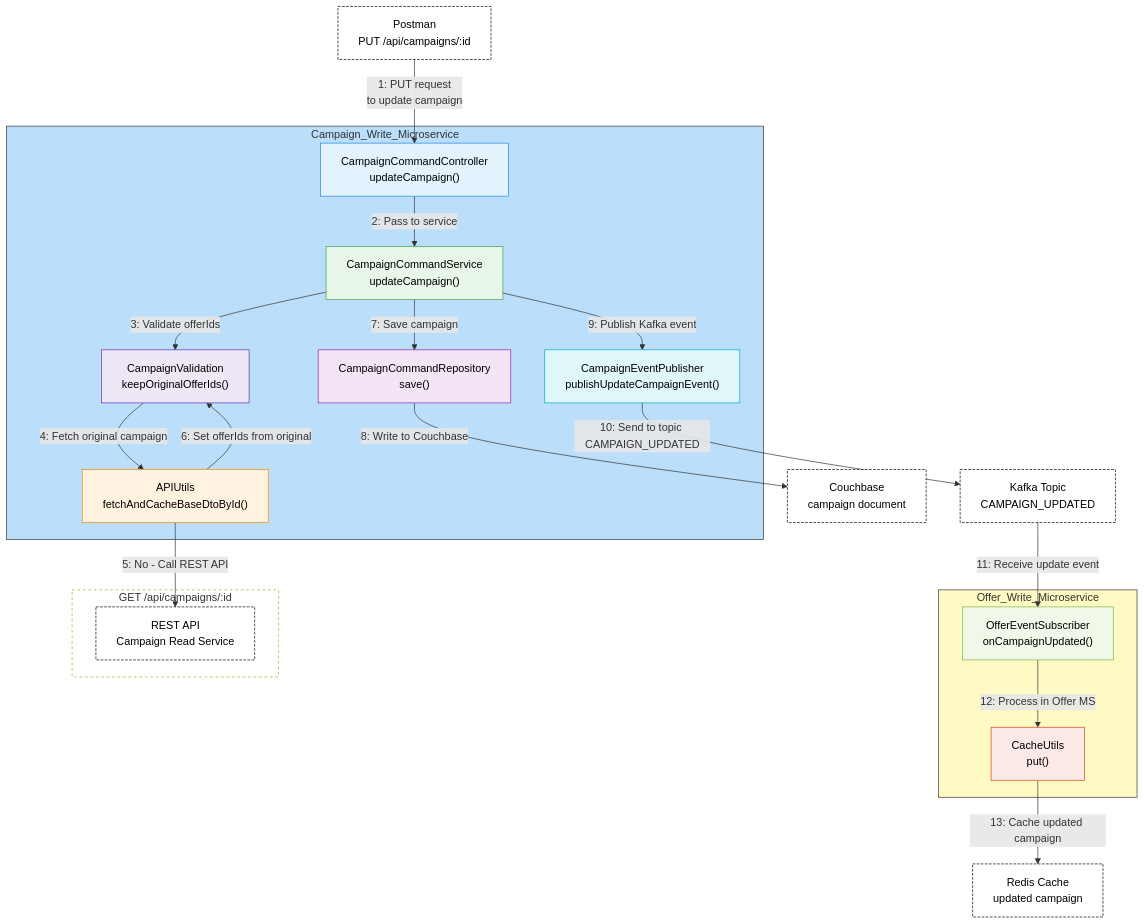
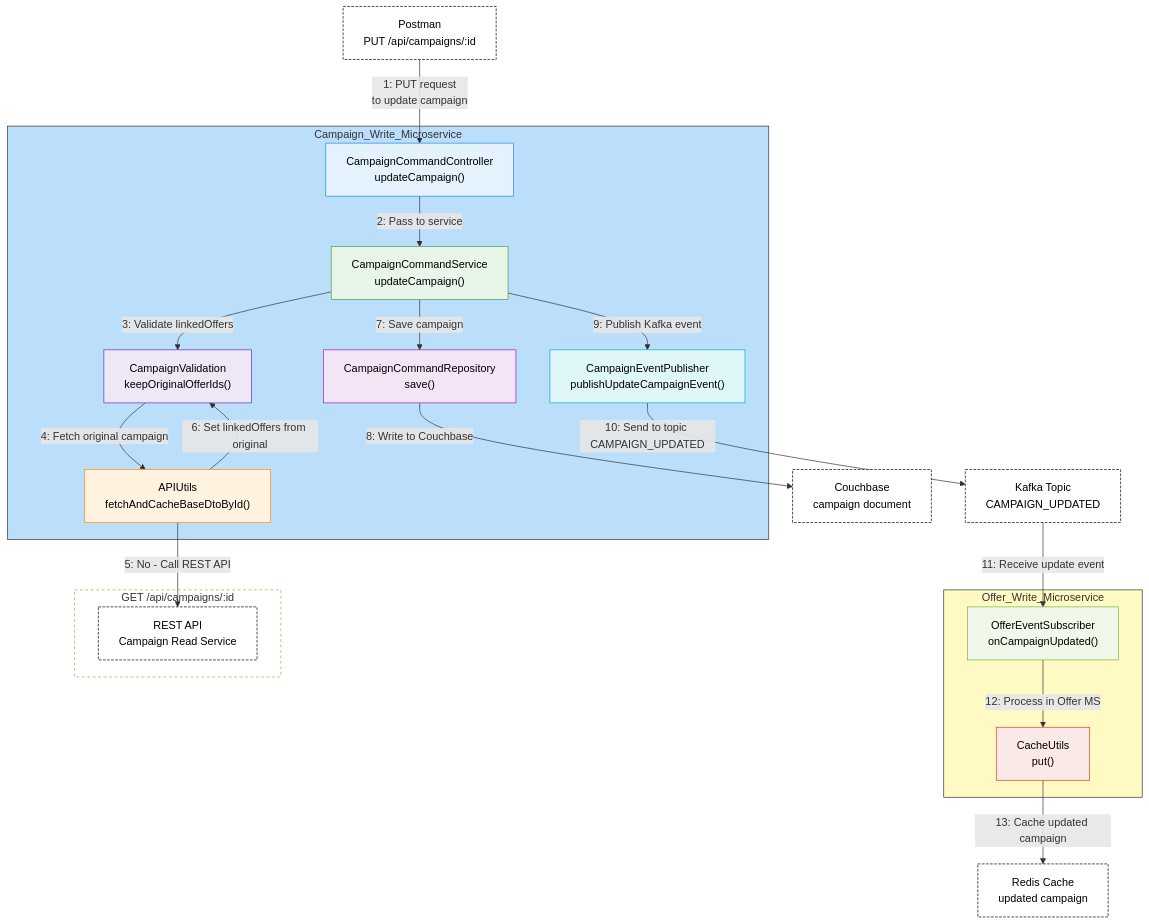
Before and after one commit to aakashkumar1980/apps-microservices: the diagram in _readme_assets/_backup/campaign_update.mmd, drawn with Mermaid. The commit also changed 16 other files, not shown here.

```diff
--- a/_readme_assets/_backup/campaign_update.mmd
+++ b/_readme_assets/_backup/campaign_update.mmd
@@ -1,58 +1,58 @@
 ---
 config:
   layout: dagre
 ---
 flowchart TD
     subgraph Campaign_Write_Microservice["Campaign_Write_Microservice"]
         CCC["CampaignCommandController<br>updateCampaign()"]
         CCS["CampaignCommandService<br>updateCampaign()"]
         VAL["CampaignValidation<br>keepOriginalOfferIds()"]
         APIU["APIUtils<br>fetchAndCacheBaseDtoById()"]
         CCR["CampaignCommandRepository<br>save()"]
         CEP["CampaignEventPublisher<br>publishUpdateCampaignEvent()"]
     end
     subgraph Offer_Write_Microservice["Offer_Write_Microservice"]
         CES["OfferEventSubscriber<br>onCampaignUpdated()"]
         CU2["CacheUtils<br>put()"]
     end
     subgraph REST_Campaign_Read_API["GET /api/campaigns/:id"]
         REST["REST API<br>Campaign Read Service"]
     end
     POSTMAN["Postman<br>PUT /api/campaigns/:id"] -- 1: PUT request<br>to update campaign --> CCC
     CCC -- 2: Pass to service --> CCS
-    CCS -- 3: Validate offerIds --> VAL
+    CCS -- 3: Validate linkedOffers --> VAL
     VAL -- 4: Fetch original campaign --> APIU
     APIU -- "5: No - Call REST API" --> REST
-    APIU -- 6: Set offerIds from original --> VAL
+    APIU -- 6: Set linkedOffers from original --> VAL
     CCS -- 7: Save campaign --> CCR
     CCR -- 8: Write to Couchbase --> CB1["Couchbase<br>campaign document"]
     CCS -- 9: Publish Kafka event --> CEP
     CEP -- 10: Send to topic CAMPAIGN_UPDATED --> K1["Kafka Topic<br>CAMPAIGN_UPDATED"]
     K1 -- 11: Receive update event --> CES
     CES -- 12: Process in Offer MS --> CU2
     CU2 -- 13: Cache updated campaign --> REDIS2["Redis Cache<br>updated campaign"]
     CCC:::controller
     CCS:::service
     VAL:::validator
     APIU:::util
     CCR:::repository
     CEP:::event
     CES:::subscriber
     CU2:::util2
     REST:::external
     POSTMAN:::external
     CB1:::external
     K1:::external
     REDIS2:::external
     classDef controller fill:#E3F2FD,stroke:#1E88E5,color:#000
     classDef service fill:#E8F5E9,stroke:#43A047,color:#000
     classDef validator fill:#EDE7F6,stroke:#5E35B1,color:#000
     classDef repository fill:#F3E5F5,stroke:#8E24AA,color:#000
     classDef util fill:#FFF3E0,stroke:#FB8C00,color:#000
     classDef event fill:#E0F7FA,stroke:#00ACC1,color:#000
     classDef subscriber fill:#F1F8E9,stroke:#7CB342,color:#000
     classDef util2 fill:#FBE9E7,stroke:#D84315,color:#000
     classDef external fill:#FFFFFF,stroke:#000,color:#000,stroke-dasharray: 4 2
     style Campaign_Write_Microservice fill:#BBDEFB,stroke:#333,stroke-width:1px
     style Offer_Write_Microservice fill:#FFF9C4,stroke:#333,stroke-width:1px
     style REST_Campaign_Read_API stroke-dasharray: 4 4,fill:#ffffff
```
